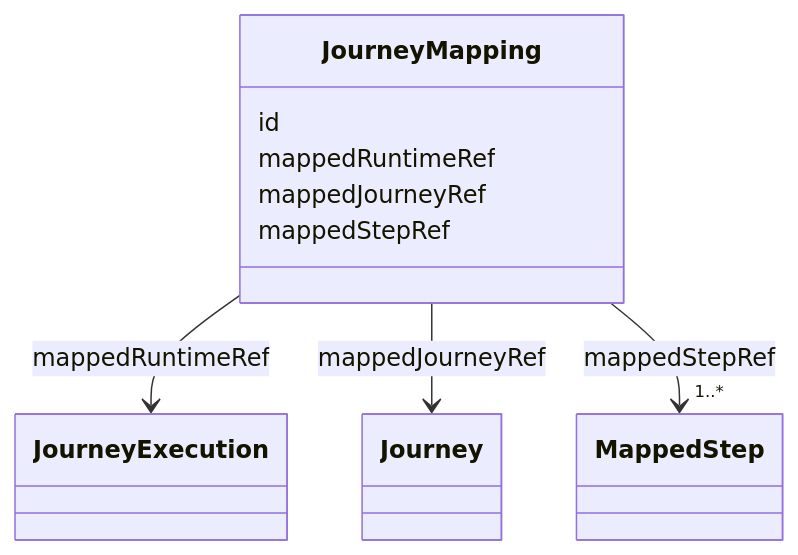
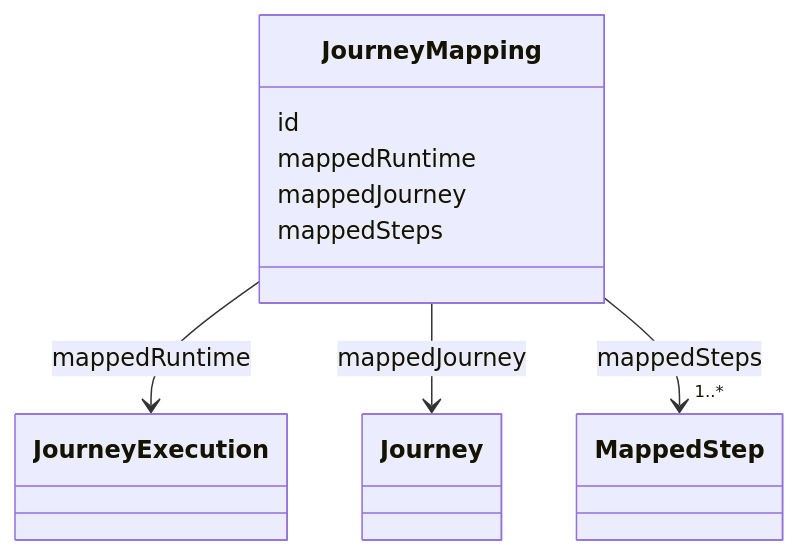
One commit to openuji/spec-ujg changed the first of 3 diagrams in specs/ed/mapping/index.md. Above: the diagram before and after it, drawn with Mermaid. The commit also changed other lines of this file and 370 other files, not shown here.

````diff
--- a/specs/ed/mapping/index.md
+++ b/specs/ed/mapping/index.md
@@ -60,15 +60,15 @@
 ```mermaid
 classDiagram
   class JourneyExecution
   class Journey
   class MappedStep
   class JourneyMapping {
     id
-    mappedRuntimeRef
-    mappedJourneyRef
-    mappedStepRef
+    mappedRuntime
+    mappedJourney
+    mappedSteps
   }
-  JourneyMapping --> JourneyExecution : mappedRuntimeRef
-  JourneyMapping --> Journey : mappedJourneyRef
-  JourneyMapping --> "1..*" MappedStep : mappedStepRef
+  JourneyMapping --> JourneyExecution : mappedRuntime
+  JourneyMapping --> Journey : mappedJourney
+  JourneyMapping --> "1..*" MappedStep : mappedSteps
 ```
````
